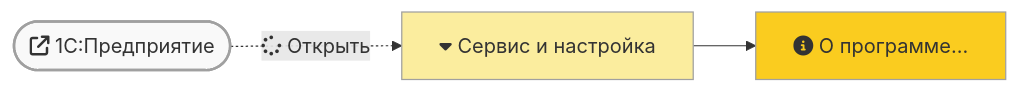
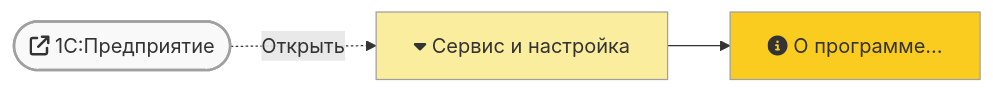
Before and after one commit to lugovoe/manual: the first of 3 diagrams in faq/crash/main-white-window.md, drawn with Mermaid. The commit also changed other lines of this file, not shown here.

````diff
--- a/faq/crash/main-white-window.md
+++ b/faq/crash/main-white-window.md
@@ -19,11 +19,11 @@
 ``` mermaid
 graph LR
-  b1([fa:fa-external-link 1С:Предприятие]) -.-> |"fa:fa-spinner Открыть"| m1
+  b1([fa:fa-external-link 1С:Предприятие]) -.-> |Открыть| m1
   m1[fa:fa-caret-down Сервис и настройка] --> m2
   m2[fa:fa-info-circle О программе...]
   classDef default fill:#facc1f,stroke:#a0a0a0,stroke-width:1px
   classDef button fill:#f9f9f9,stroke:#a0a0a0,stroke-width:2px
   classDef mainmenu fill:#fbed9e,stroke:#a0a0a0,stroke-width:1px
   class b1 button
   class m1 mainmenu
 ```
````
